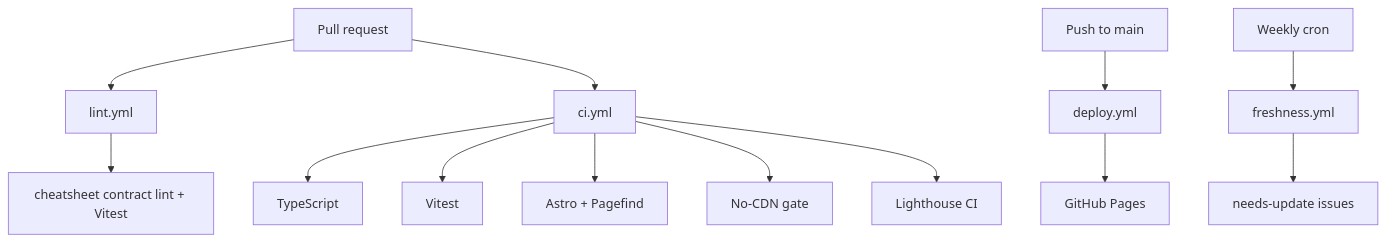
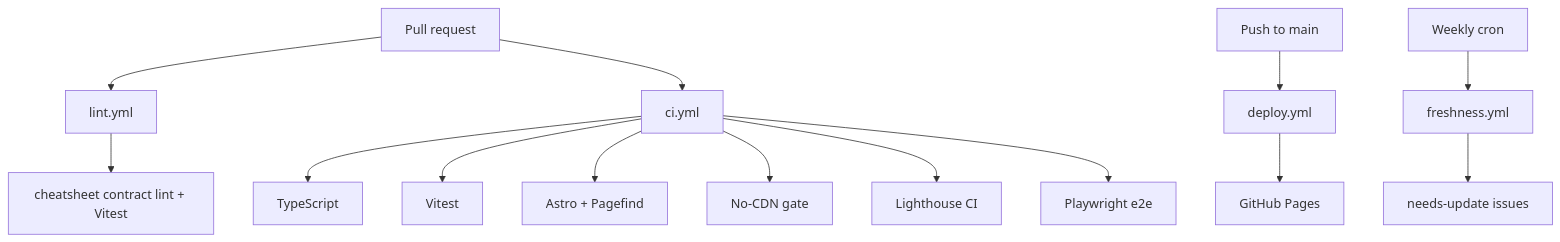
The second of 2 diagrams in docs/ARCHITECTURE.md (luongnv89/awesome-cheatsheets), drawn with Mermaid before and after one commit. The commit also changed 4 other files, not shown here.

````diff
--- a/docs/ARCHITECTURE.md
+++ b/docs/ARCHITECTURE.md
@@ -77,15 +77,16 @@
 ```mermaid
 flowchart TB
   PR[Pull request] --> Lint[lint.yml]
   PR --> CI[ci.yml]
   Lint --> Contract[cheatsheet contract lint + Vitest]
   CI --> Typecheck[TypeScript]
   CI --> Unit[Vitest]
   CI --> Build[Astro + Pagefind]
   CI --> NoCDN[No-CDN gate]
   CI --> Lighthouse[Lighthouse CI]
+  CI --> E2E[Playwright e2e]
   Main[Push to main] --> Deploy[deploy.yml]
   Deploy --> Pages[GitHub Pages]
   Schedule[Weekly cron] --> Freshness[freshness.yml]
   Freshness --> NeedsUpdate[needs-update issues]
 ```
````
